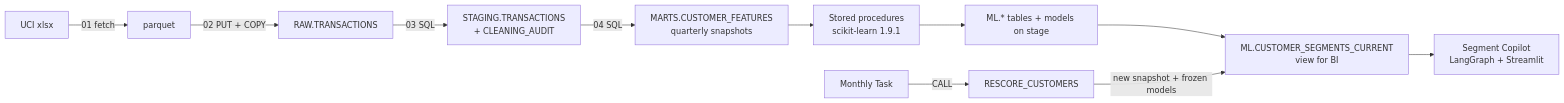
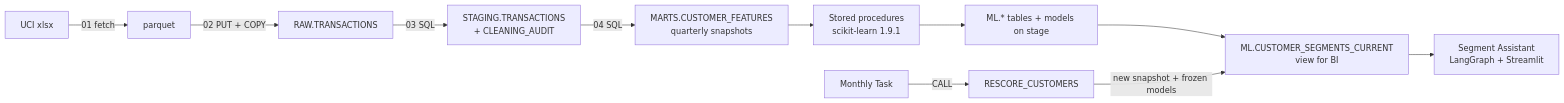
One commit to livingdw67/snowpark-customer-segmentation changed the diagram in README.md. Above: the diagram before and after it, drawn with Mermaid. The commit also changed other lines of this file and 21 other files, not shown here.

First line of the commit message:
Rename Segment Copilot to Segment Assistant

````diff
--- a/README.md
+++ b/README.md
@@ -180,13 +180,13 @@
 ```mermaid
 flowchart LR
     X[UCI xlsx] -->|01 fetch| P[parquet]
     P -->|02 PUT + COPY| RAW[RAW.TRANSACTIONS]
     RAW -->|03 SQL| STG[STAGING.TRANSACTIONS<br/>+ CLEANING_AUDIT]
     STG -->|04 SQL| F[MARTS.CUSTOMER_FEATURES<br/>quarterly snapshots]
     F --> SP[Stored procedures<br/>scikit-learn 1.9.1]
     SP --> ML[ML.* tables + models on stage]
     ML --> V[ML.CUSTOMER_SEGMENTS_CURRENT<br/>view for BI]
     T[Monthly Task] -->|CALL| R[RESCORE_CUSTOMERS]
     R -->|new snapshot + frozen models| V
-    V --> C[Segment Copilot<br/>LangGraph + Streamlit]
+    V --> C[Segment Assistant<br/>LangGraph + Streamlit]
 ```
````
